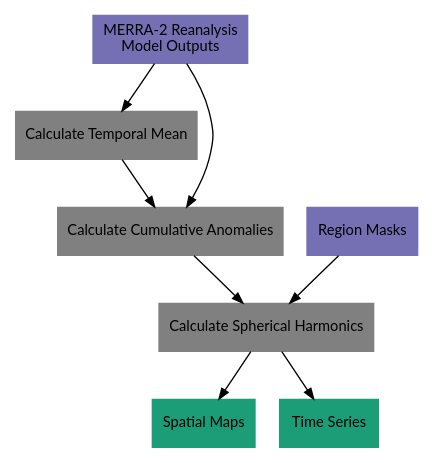
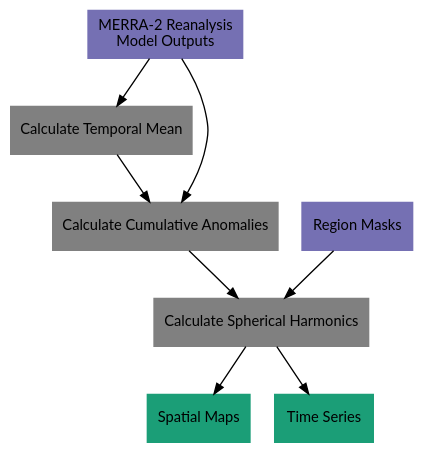
One commit to polargeodesy/model-harmonics changed the diagram in doc/source/user_guide/Surface-Mass-Balance.rst. Above: the diagram before and after it, drawn with Graphviz. The commit also changed 3 other files, not shown here.

```diff
--- a/doc/source/user_guide/Surface-Mass-Balance.rst
+++ b/doc/source/user_guide/Surface-Mass-Balance.rst
@@ -43,60 +43,61 @@
 .. graphviz::
     :caption: Surface Mass Balance Spherical Harmonics Framework
     :align: center
 
     digraph {
+        bgcolor="transparent";
         E [label="MERRA-2 Reanalysis\nModel Outputs"
             fontname="Lato"
             fontsize=11
             shape=box
             style="filled"
             color="#7570b3"]
         L [label="Region Masks"
             fontname="Lato"
             fontsize=11
             shape=box
             style="filled"
             color="#7570b3"]
         M [URL="https://github.com/polargeodesy/model-harmonics/blob/main/model_harmonics/SMB/merra_smb_mean.py"
             label="Calculate Temporal Mean"
             fontname="Lato"
             fontsize=11
             shape=box
             style="filled"
             color="gray"]
         R [URL="https://github.com/polargeodesy/model-harmonics/blob/main/model_harmonics/SMB/merra_smb_cumulative.py"
             label="Calculate Cumulative Anomalies"
             fontname="Lato"
             fontsize=11
             shape=box
             style="filled"
             color="gray"]
         H [URL="https://github.com/polargeodesy/model-harmonics/blob/main/model_harmonics/SMB/merra_smb_harmonics.py"
             label="Calculate Spherical Harmonics"
             fontname="Lato"
             fontsize=11
             shape=box
             style="filled"
             color="gray"]
         S [URL="https://github.com/polargeodesy/gravity-toolkit/blob/main/scripts/combine_harmonics.py"
             label="Spatial Maps"
             fontname="Lato"
             fontsize=11
             shape=box
             style="filled"
             color="#1b9e77"]
         T [URL="https://github.com/polargeodesy/model-harmonics/blob/main/model_harmonics/scripts/least_squares_mascon_timeseries.py"
             label="Time Series"
             fontname="Lato"
             fontsize=11
             shape=box
             style="filled"
             color="#1b9e77"]
         E -> M [arrowsize=0.8]
         E -> R [arrowsize=0.8]
         M -> R [arrowsize=0.8]
         R -> H [arrowsize=0.8]
         L -> H [arrowsize=0.8]
         H -> S [arrowsize=0.8]
         H -> T [arrowsize=0.8]
     }
```
